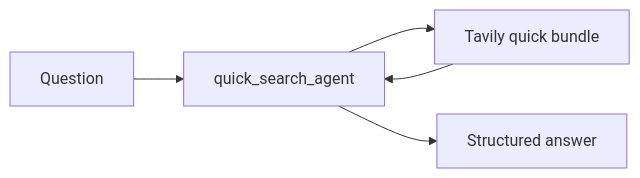
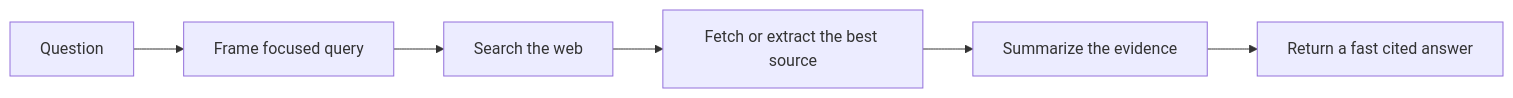
One commit to pr1m8/perplexity-at-home changed the second of 4 diagrams in README.md. Above: the diagram before and after it, drawn with Mermaid. The commit also changed other lines of this file and 3 other files, not shown here.

Commit message:
docs: align workflow diagrams and release flow

````diff
--- a/README.md
+++ b/README.md
@@ -65,7 +103,8 @@
 ```mermaid
 flowchart LR
-    Q[Question] --> A[quick_search_agent]
-    A --> T[Tavily quick bundle]
-    T --> A
-    A --> R[Structured answer]
+    Q[Question] --> QUERY[Frame focused query]
+    QUERY --> SEARCH[Search the web]
+    SEARCH --> FETCH[Fetch or extract the best source]
+    FETCH --> SUMMARIZE[Summarize the evidence]
+    SUMMARIZE --> ANSWER[Return a fast cited answer]
 ```
````
